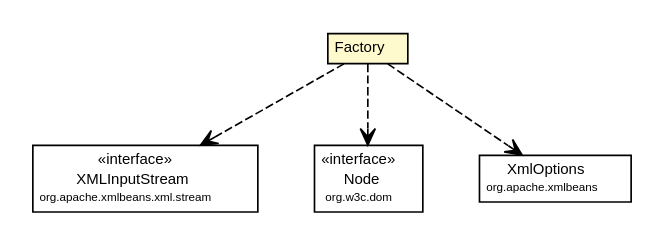
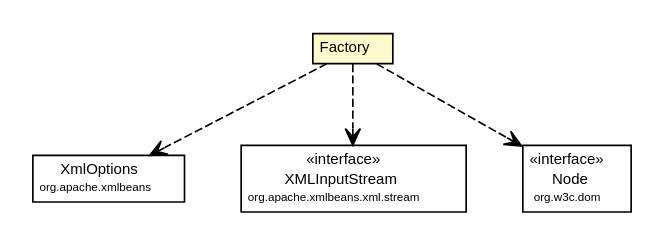
The diagram in site/apidocs/org/synchronoss/cpo/util/cpoUtilConfig/CtDataConfig.Factory.dot (synchronoss/cpo-api), drawn with Graphviz before and after one commit. The commit also changed 884 other files, not shown here.

```diff
--- a/site/apidocs/org/synchronoss/cpo/util/cpoUtilConfig/CtDataConfig.Factory.dot
+++ b/site/apidocs/org/synchronoss/cpo/util/cpoUtilConfig/CtDataConfig.Factory.dot
@@ -1,45 +1,45 @@
 #!/usr/local/bin/dot
 #
 # Class diagram 
 # Generated by UmlGraph version 4.6 (http://www.spinellis.gr/sw/umlgraph)
 #
 
 digraph G {
 	edge [fontname="Helvetica",fontsize=10,labelfontname="Helvetica",labelfontsize=10];
 	node [fontname="Helvetica",fontsize=10,shape=plaintext];
 	// org.synchronoss.cpo.util.cpoUtilConfig.CtDataConfig.Factory
 	c30275 [label=<<table border="0" cellborder="1" cellspacing="0" cellpadding="2" port="p" bgcolor="lemonChiffon" href="./CtDataConfig.Factory.html">
 		<tr><td><table border="0" cellspacing="0" cellpadding="1">
 			<tr><td> Factory </td></tr>
 		</table></td></tr>
 		</table>>, fontname="Helvetica", fontcolor="black", fontsize=9.0];
+	// org.synchronoss.cpo.util.cpoUtilConfig.CtDataConfig.Factory DEPEND org.apache.xmlbeans.XmlOptions
+	c30275:p -> c30386:p [taillabel="", label="", headlabel="", fontname="Helvetica", fontcolor="black", fontsize=10.0, color="black", arrowhead=open, style=dashed];
 	// org.synchronoss.cpo.util.cpoUtilConfig.CtDataConfig.Factory DEPEND org.apache.xmlbeans.xml.stream.XMLInputStream
-	c30275:p -> c30386:p [taillabel="", label="", headlabel="", fontname="Helvetica", fontcolor="black", fontsize=10.0, color="black", arrowhead=open, style=dashed];
+	c30275:p -> c30387:p [taillabel="", label="", headlabel="", fontname="Helvetica", fontcolor="black", fontsize=10.0, color="black", arrowhead=open, style=dashed];
 	// org.synchronoss.cpo.util.cpoUtilConfig.CtDataConfig.Factory DEPEND org.w3c.dom.Node
-	c30275:p -> c30387:p [taillabel="", label="", headlabel="", fontname="Helvetica", fontcolor="black", fontsize=10.0, color="black", arrowhead=open, style=dashed];
-	// org.synchronoss.cpo.util.cpoUtilConfig.CtDataConfig.Factory DEPEND org.apache.xmlbeans.XmlOptions
 	c30275:p -> c30388:p [taillabel="", label="", headlabel="", fontname="Helvetica", fontcolor="black", fontsize=10.0, color="black", arrowhead=open, style=dashed];
 	// org.apache.xmlbeans.xml.stream.XMLInputStream
-	c30386 [label=<<table border="0" cellborder="1" cellspacing="0" cellpadding="2" port="p" href="http://java.sun.com/j2se/1.4.2/docs/api/org/apache/xmlbeans/xml/stream/XMLInputStream.html">
+	c30387 [label=<<table border="0" cellborder="1" cellspacing="0" cellpadding="2" port="p" href="http://java.sun.com/j2se/1.4.2/docs/api/org/apache/xmlbeans/xml/stream/XMLInputStream.html">
 		<tr><td><table border="0" cellspacing="0" cellpadding="1">
 			<tr><td> &laquo;interface&raquo; </td></tr>
 			<tr><td> XMLInputStream </td></tr>
 			<tr><td><font point-size="7.0"> org.apache.xmlbeans.xml.stream </font></td></tr>
 		</table></td></tr>
 		</table>>, fontname="Helvetica", fontcolor="black", fontsize=9.0];
 	// org.apache.xmlbeans.XmlOptions
-	c30388 [label=<<table border="0" cellborder="1" cellspacing="0" cellpadding="2" port="p" href="http://java.sun.com/j2se/1.4.2/docs/api/org/apache/xmlbeans/XmlOptions.html">
+	c30386 [label=<<table border="0" cellborder="1" cellspacing="0" cellpadding="2" port="p" href="http://java.sun.com/j2se/1.4.2/docs/api/org/apache/xmlbeans/XmlOptions.html">
 		<tr><td><table border="0" cellspacing="0" cellpadding="1">
 			<tr><td> XmlOptions </td></tr>
 			<tr><td><font point-size="7.0"> org.apache.xmlbeans </font></td></tr>
 		</table></td></tr>
 		</table>>, fontname="Helvetica", fontcolor="black", fontsize=9.0];
 	// org.w3c.dom.Node
-	c30387 [label=<<table border="0" cellborder="1" cellspacing="0" cellpadding="2" port="p" href="http://java.sun.com/j2se/1.4.2/docs/api/org/w3c/dom/Node.html">
+	c30388 [label=<<table border="0" cellborder="1" cellspacing="0" cellpadding="2" port="p" href="http://java.sun.com/j2se/1.4.2/docs/api/org/w3c/dom/Node.html">
 		<tr><td><table border="0" cellspacing="0" cellpadding="1">
 			<tr><td> &laquo;interface&raquo; </td></tr>
 			<tr><td> Node </td></tr>
 			<tr><td><font point-size="7.0"> org.w3c.dom </font></td></tr>
 		</table></td></tr>
 		</table>>, fontname="Helvetica", fontcolor="black", fontsize=9.0];
 }
```
